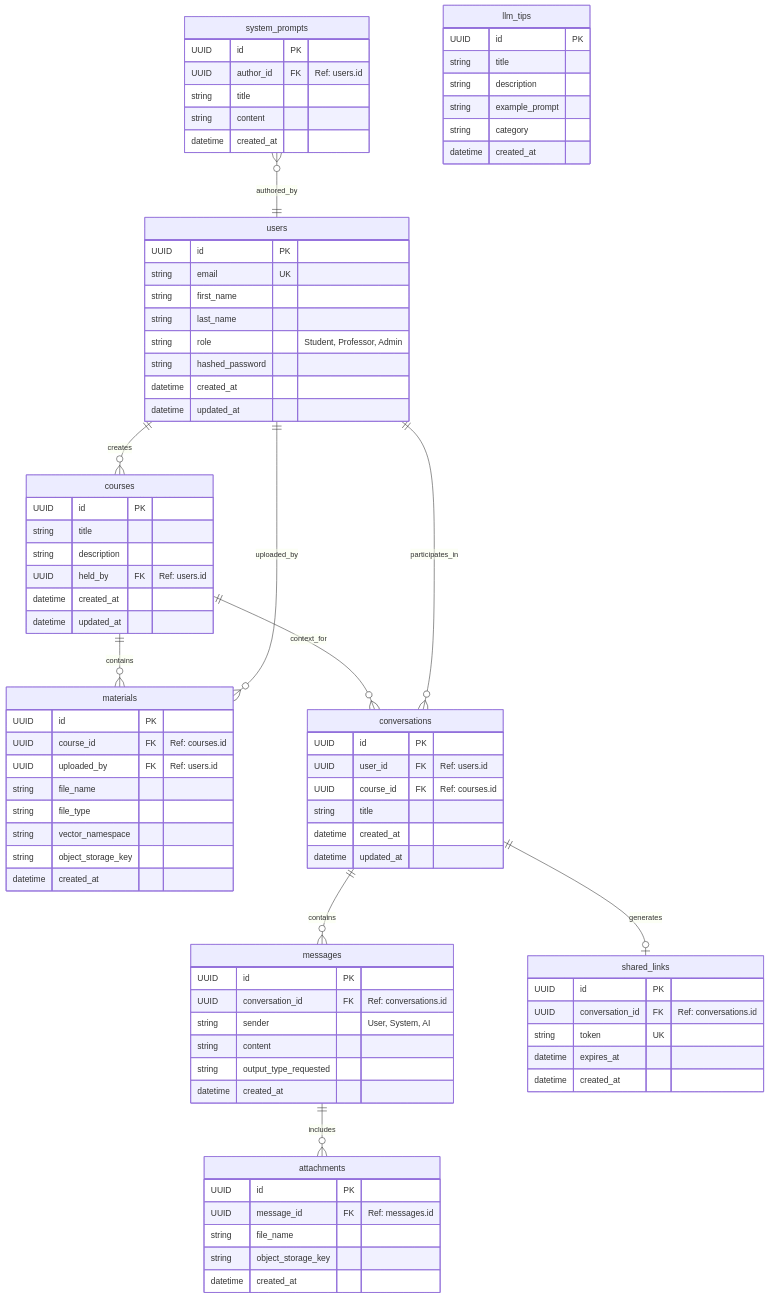
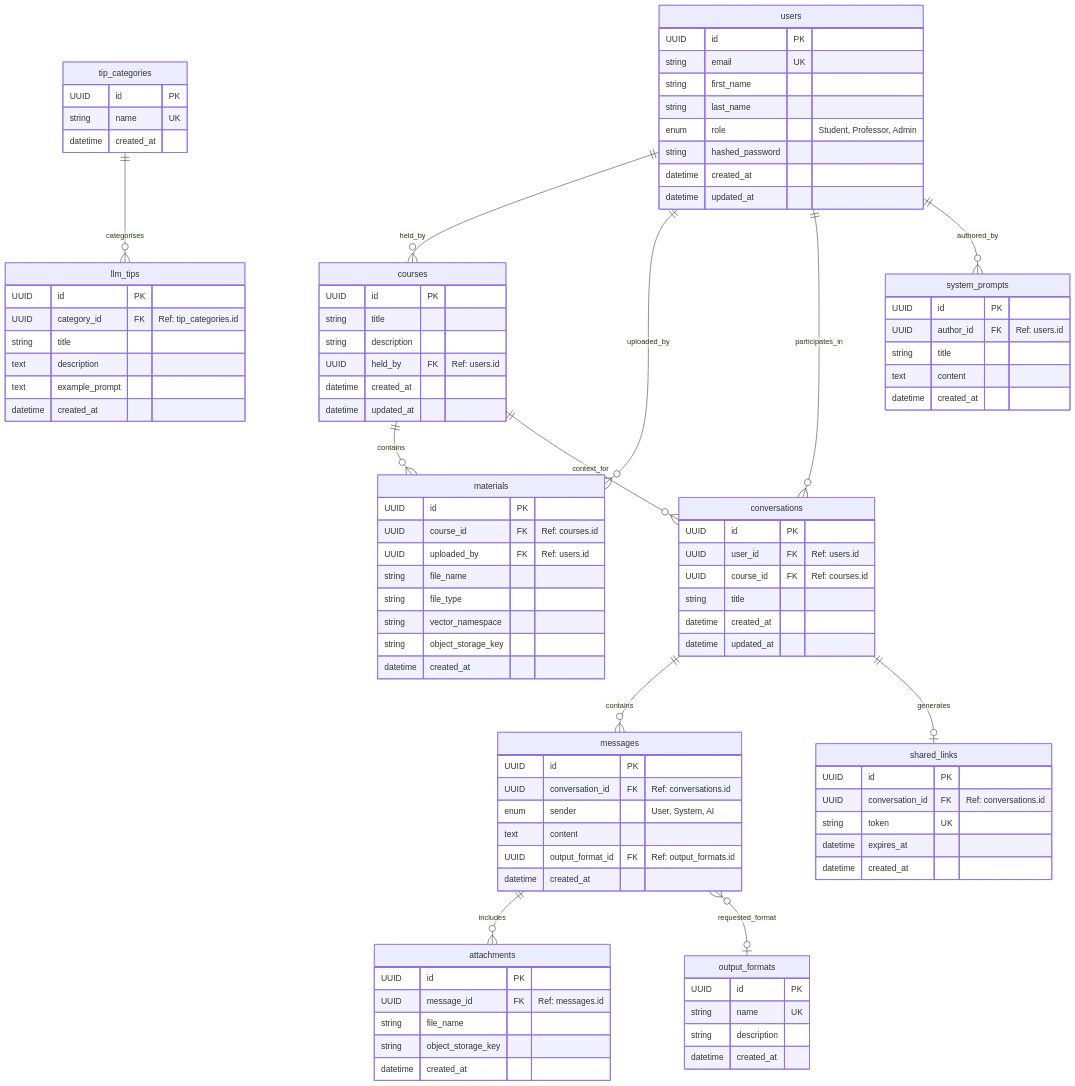
Before and after one commit to ULBS-cauci/backend: the first of 3 diagrams in DATABASE_SCHEMA.md, drawn with Mermaid. The commit also changed other lines of this file and 4 other files, not shown here.

First line of the commit message:
feat(schemas): introduce output_formats & tip_categories lookup tables

````diff
--- a/DATABASE_SCHEMA.md
+++ b/DATABASE_SCHEMA.md
@@ -5,12 +5,26 @@
 ```mermaid
 erDiagram
-    %% Identity & Courses
+    %% 0. Lookup / Reference Tables
+    output_formats {
+        UUID id PK
+        string name UK
+        string description
+        datetime created_at
+    }
+
+    tip_categories {
+        UUID id PK
+        string name UK
+        datetime created_at
+    }
+
+    %% 1. Identity & Courses
     users {
         UUID id PK
         string email UK
         string first_name
         string last_name
-        string role "Student, Professor, Admin"
+        enum role "Student, Professor, Admin"
         string hashed_password
         datetime created_at
         datetime updated_at
@@ -25,7 +39,7 @@
         datetime updated_at
     }
 
-    %% Knowledge Base
+    %% 2. Knowledge Base
     materials {
         UUID id PK
         UUID course_id FK "Ref: courses.id"
@@ -37,7 +51,7 @@
         datetime created_at
     }
 
-    %% Chat System
+    %% 3. Chat System
     conversations {
         UUID id PK
         UUID user_id FK "Ref: users.id"
@@ -50,9 +64,9 @@
     messages {
         UUID id PK
         UUID conversation_id FK "Ref: conversations.id"
-        string sender "User, System, AI"
-        string content
-        string output_type_requested
+        enum sender "User, System, AI"
+        text content
+        UUID output_format_id FK "Ref: output_formats.id"
         datetime created_at
     }
 
@@ -72,39 +86,41 @@
         datetime created_at
     }
 
-    %% Configuration & Preferences
+    %% 4. Configuration & Prompts
     system_prompts {
         UUID id PK
         UUID author_id FK "Ref: users.id"
         string title
-        string content
+        text content
         datetime created_at
     }
 
     llm_tips {
         UUID id PK
+        UUID category_id FK "Ref: tip_categories.id"
         string title
-        string description
-        string example_prompt
-        string category
+        text description
+        text example_prompt
         datetime created_at
     }
 
-    %% Relationships (Restructured for better layout)
+    %% Relationships
     %% Identity & Setup
-    users ||--o{ courses : "creates"
-    
+    users ||--o{ courses : "held_by"
+    users ||--o{ materials : "uploaded_by"
+    users ||--o{ conversations : "participates_in"
+    users ||--o{ system_prompts : "authored_by"
+
     %% Course Data
     courses ||--o{ materials : "contains"
-    materials }o--|| users : "uploaded_by"
-    
-    system_prompts }o--|| users : "authored_by"
+    courses ||--o{ conversations : "context_for"
 
-    %% Chat System Sub-graph
-    courses ||--o{ conversations : "context_for"
-    users ||--o{ conversations : "participates_in"
-    
+    %% Chat System
     conversations ||--o{ messages : "contains"
     conversations ||--o| shared_links : "generates"
     messages ||--o{ attachments : "includes"
+    messages }o--o| output_formats : "requested_format"
+
+    %% Tips
+    tip_categories ||--o{ llm_tips : "categorises"
 ```
````
